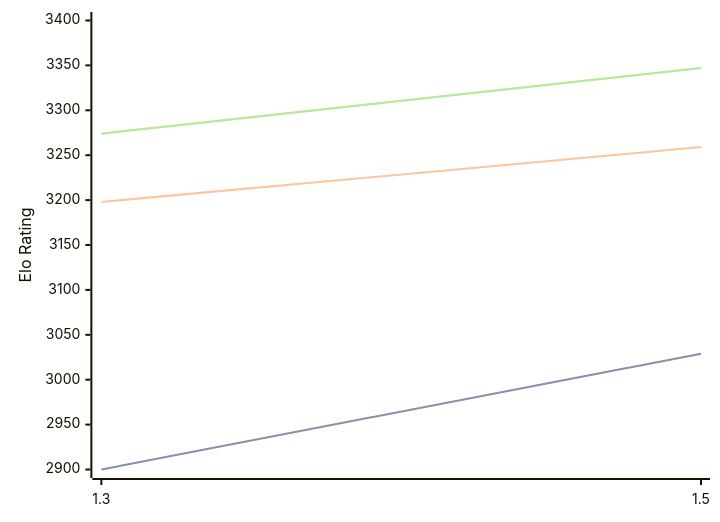
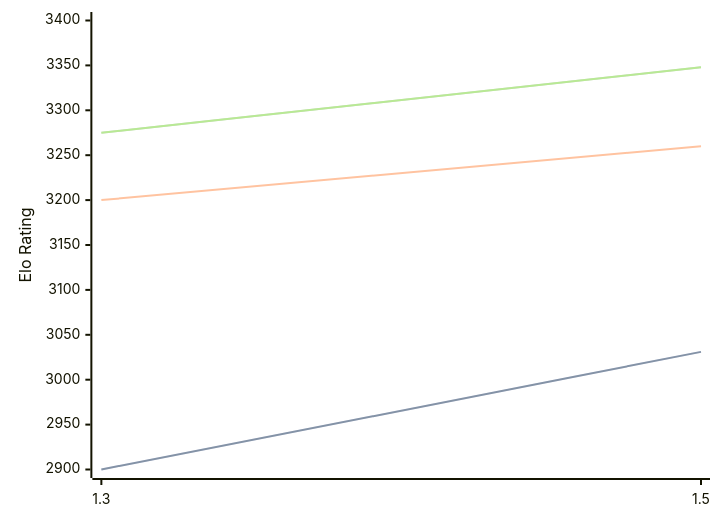
The diagram in engines/Lambergar.md (computer-chess-index/cci), drawn with Mermaid before and after one commit. The commit also changed other lines of this file, not shown here.

Commit message:
Update CCI Ratings (ELO VLTC) - 2026-07-24

````diff
--- a/engines/Lambergar.md
+++ b/engines/Lambergar.md
@@ -44,11 +44,11 @@
 ```mermaid
 %%{init: {"theme":"base","themeVariables":{"seriesColors:['#a3a3a3','#222221','#faa371']}}}%%
 xychart-beta
   x-axis ["1.3", "1.5"]
   y-axis "Elo Rating" 2900 --> 3400
-  line "STC (8.0+0.08s)" [2900, 3029]
-  line "STC (8.0+0.08s)" [2900, 3029]
-  line "LTC (60.0+0.60s)" [3198, 3259]
-  line "VLTC (2m24s+1.12s)" [3274, 3347]
-  line "VLTC (2m24s+1.12s)" [3274, 3347]
+  line "STC (8.0+0.08s)" [2900, 3031]
+  line "STC (8.0+0.08s)" [2900, 3031]
+  line "LTC (60.0+0.60s)" [3200, 3260]
+  line "VLTC (2m24s+1.12s)" [3275, 3348]
+  line "VLTC (2m24s+1.12s)" [3275, 3348]
 ```
````
